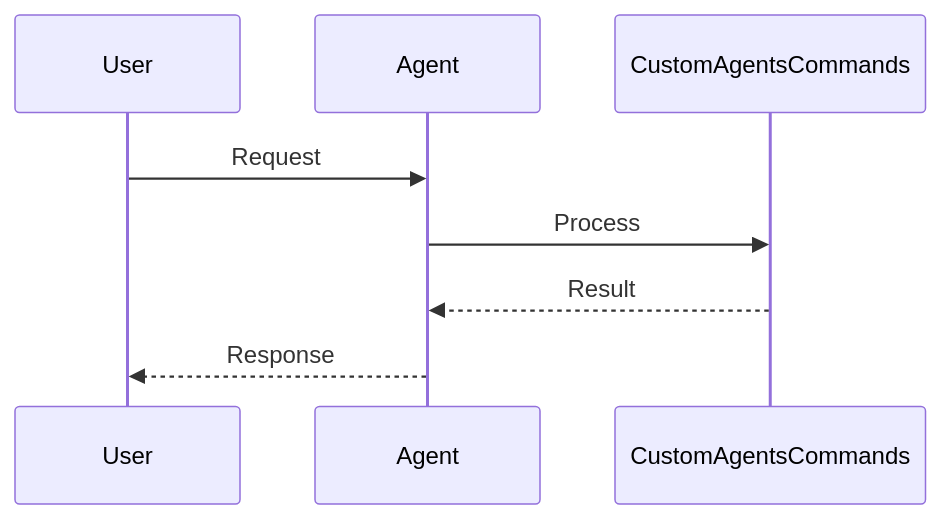
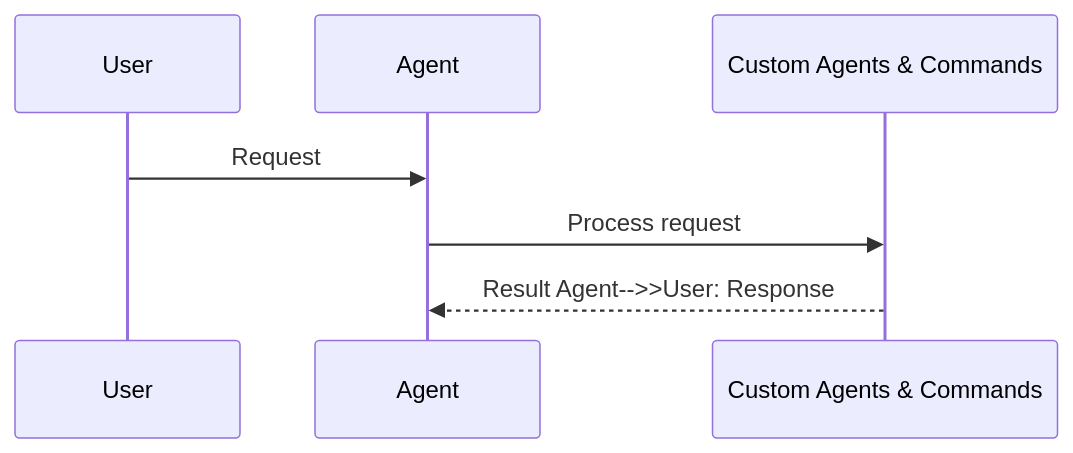
Before and after one commit to MervinPraison/PraisonAIDocs: the second of 4 diagrams in docs/features/custom-agents-commands.mdx, drawn with Mermaid. The commit also changed 204 other files, not shown here.

First line of the commit message:
docs: align feature/tool pages with AGENTS.md hero, sequence, and import standards (#1777)

````diff
--- a/docs/features/custom-agents-commands.mdx
+++ b/docs/features/custom-agents-commands.mdx
@@ -42,11 +42,10 @@
 ```mermaid
 sequenceDiagram
     participant User
     participant Agent
-    participant CustomAgentsCommands
+    participant Feature as Custom Agents & Commands
 
     User->>Agent: Request
-    Agent->>CustomAgentsCommands: Process
-    CustomAgentsCommands-->>Agent: Result
-    Agent-->>User: Response
+    Agent->>Feature: Process request
+    Feature-->>Agent: Result    Agent-->>User: Response
 ```
````
